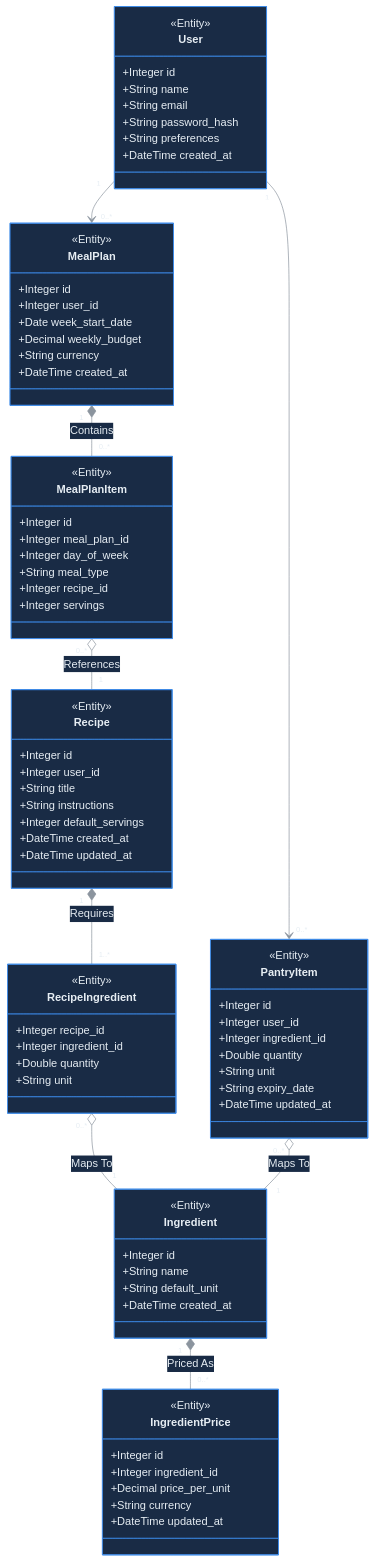
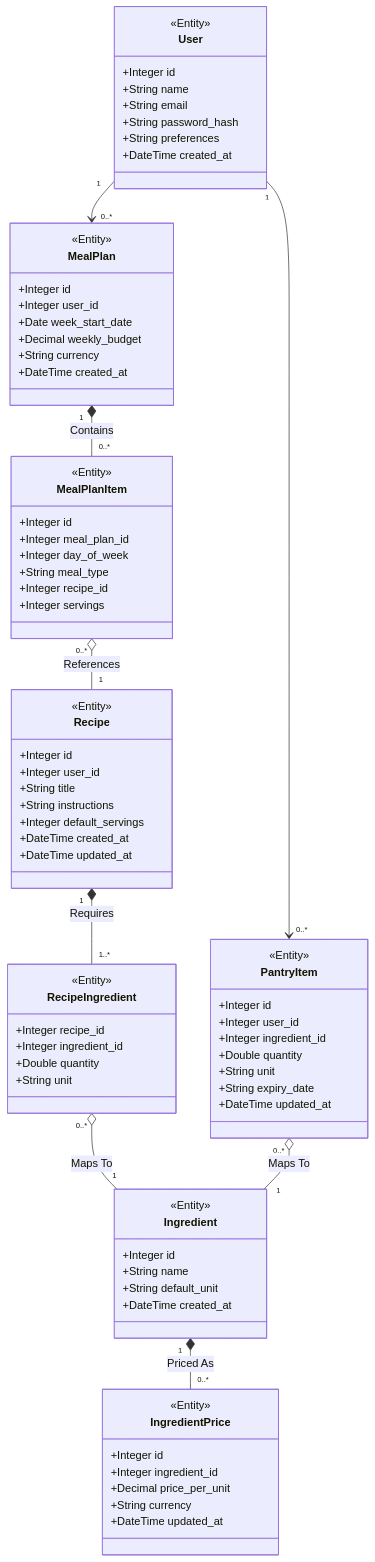
Before and after one commit to OmarIUBH/software-engineering-project: the fourth of 4 diagrams in docs/UML_DIAGRAMS.md, drawn with Mermaid. The commit also changed other lines of this file, not shown here.

Commit message:
docs: rewrite UML_DIAGRAMS.md with Mermaid diagrams and explanations

````diff
--- a/docs/UML_DIAGRAMS.md
+++ b/docs/UML_DIAGRAMS.md
@@ -676,105 +138,90 @@
-          <div class="mermaid">
-            %%{init: {
-            'theme': 'base',
-            'themeVariables': {
-            'background': '#161b22',
-            'primaryColor': '#192b45',
-            'primaryTextColor': '#e6edf3',
-            'primaryBorderColor': '#3d8bea',
-            'lineColor': '#8b949e',
-            'tertiaryColor': '#192b45',
-            'edgeLabelBackground': '#161b22',
-            'classBorderColor': '#3d8bea',
-            'classTextColor': '#e6edf3',
-            'fontFamily': 'Inter, sans-serif'
-            }
-            }}%%
-            classDiagram
-            direction TB
+```mermaid
+classDiagram
+    direction TB
 
-            class User {
-            &lt;&lt;Entity&gt;&gt;
-            +Integer id
-            +String name
-            +String email
-            +String password_hash
-            +String preferences
-            +DateTime created_at
-            }
+    class User {
+        <<Entity>>
+        +Integer id
+        +String name
+        +String email
+        +String password_hash
+        +String preferences
+        +DateTime created_at
+    }
 
-            class MealPlan {
-            &lt;&lt;Entity&gt;&gt;
-            +Integer id
-            +Integer user_id
-            +Date week_start_date
-            +Decimal weekly_budget
-            +String currency
-            +DateTime created_at
-            }
+    class MealPlan {
+        <<Entity>>
+        +Integer id
+        +Integer user_id
+        +Date week_start_date
+        +Decimal weekly_budget
+        +String currency
+        +DateTime created_at
+    }
 
-            class MealPlanItem {
-            &lt;&lt;Entity&gt;&gt;
-            +Integer id
-            +Integer meal_plan_id
-            +Integer day_of_week
-            +String meal_type
-            +Integer recipe_id
-            +Integer servings
-            }
+    class MealPlanItem {
+        <<Entity>>
+        +Integer id
+        +Integer meal_plan_id
+        +Integer day_of_week
+        +String meal_type
+        +Integer recipe_id
+        +Integer servings
+    }
 
-            class Recipe {
-            &lt;&lt;Entity&gt;&gt;
-            +Integer id
-            +Integer user_id
-            +String title
-            +String instructions
-            +Integer default_servings
-            +DateTime created_at
-            +DateTime updated_at
-            }
+    class Recipe {
+        <<Entity>>
+        +Integer id
+        +Integer user_id
+        +String title
+        +String instructions
+        +Integer default_servings
+        +DateTime created_at
+        +DateTime updated_at
+    }
 
-            class RecipeIngredient {
-            &lt;&lt;Entity&gt;&gt;
-            +Integer recipe_id
-            +Integer ingredient_id
-            +Double quantity
-            +String unit
-            }
+    class RecipeIngredient {
+        <<Entity>>
+        +Integer recipe_id
+        +Integer ingredient_id
+        +Double quantity
+        +String unit
+    }
 
-            class Ingredient {
-            &lt;&lt;Entity&gt;&gt;
-            +Integer id
-            +String name
-            +String default_unit
-            +DateTime created_at
-            }
+    class Ingredient {
+        <<Entity>>
+        +Integer id
+        +String name
+        +String default_unit
+        +DateTime created_at
+    }
 
-            class IngredientPrice {
-            &lt;&lt;Entity&gt;&gt;
-            +Integer id
-            +Integer ingredient_id
-            +Decimal price_per_unit
-            +String currency
-            +DateTime updated_at
-            }
+    class IngredientPrice {
+        <<Entity>>
+        +Integer id
+        +Integer ingredient_id
+        +Decimal price_per_unit
+        +String currency
+        +DateTime updated_at
+    }
 
-            class PantryItem {
-            &lt;&lt;Entity&gt;&gt;
-            +Integer id
-            +Integer user_id
-            +Integer ingredient_id
-            +Double quantity
-            +String unit
-            +String expiry_date
-            +DateTime updated_at
-            }
+    class PantryItem {
+        <<Entity>>
+        +Integer id
+        +Integer user_id
+        +Integer ingredient_id
+        +Double quantity
+        +String unit
+        +String expiry_date
+        +DateTime updated_at
+    }
 
-            User "1" --> "0..*" MealPlan
-            User "1" --> "0..*" PantryItem
-            MealPlan "1" *-- "0..*" MealPlanItem : Contains
-            MealPlanItem "0..*" o-- "1" Recipe : References
-            Recipe "1" *-- "1..*" RecipeIngredient : Requires
-            RecipeIngredient "0..*" o-- "1" Ingredient : Maps To
-            PantryItem "0..*" o-- "1" Ingredient : Maps To
-            Ingredient "1" *-- "0..*" IngredientPrice : Priced As
-          </div>
+    User "1" --> "0..*" MealPlan
+    User "1" --> "0..*" PantryItem
+    MealPlan "1" *-- "0..*" MealPlanItem : Contains
+    MealPlanItem "0..*" o-- "1" Recipe : References
+    Recipe "1" *-- "1..*" RecipeIngredient : Requires
+    RecipeIngredient "0..*" o-- "1" Ingredient : Maps To
+    PantryItem "0..*" o-- "1" Ingredient : Maps To
+    Ingredient "1" *-- "0..*" IngredientPrice : Priced As
+```
````
